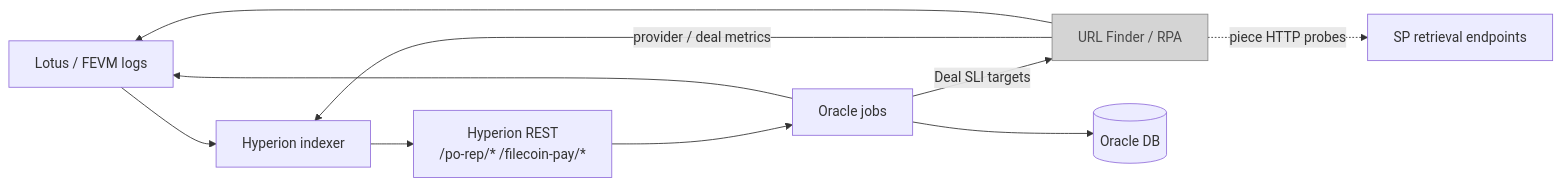
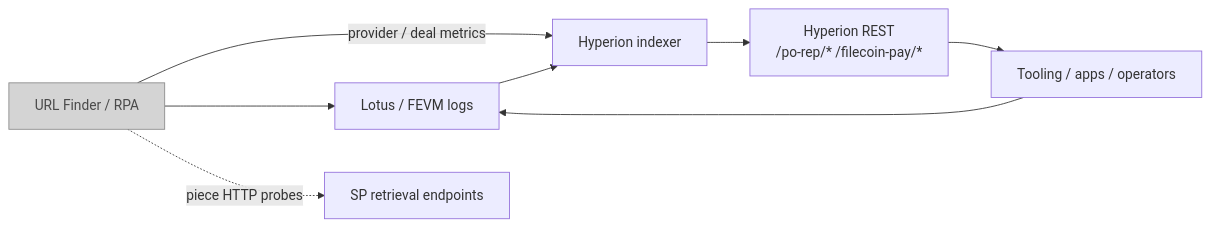
Before and after one commit to fidlabs/FCSS-devnet: the tenth of 12 diagrams in ARCHITECTURE.md, drawn with Mermaid. The commit also changed other lines of this file and 28 other files, not shown here.

````diff
--- a/ARCHITECTURE.md
+++ b/ARCHITECTURE.md
@@ -579,15 +559,13 @@
 ```mermaid
 flowchart LR
   Chain["Lotus / FEVM logs"] --> Hyperion["Hyperion indexer"]
   Hyperion --> API["Hyperion REST<br/>/po-rep/* /filecoin-pay/*"]
-  API --> Oracle["Oracle jobs"]
-  Oracle -->|Deal SLI targets| UF["URL Finder / RPA"]
-  UF -->|provider / deal metrics| Hyperion
+  API --> Consumers["Tooling / apps / operators"]
+  UF["URL Finder / RPA"] -->|provider / deal metrics| Hyperion
   UF --> Chain
   UF -.->|piece HTTP probes| SP["SP retrieval endpoints"]
-  Oracle --> Chain
-  Oracle --> DB[(Oracle DB)]
+  Consumers --> Chain
 
   classDef external fill:#d4d4d4,stroke:#8a8a8a,color:#4a4a4a
   class UF external
 ```
````
